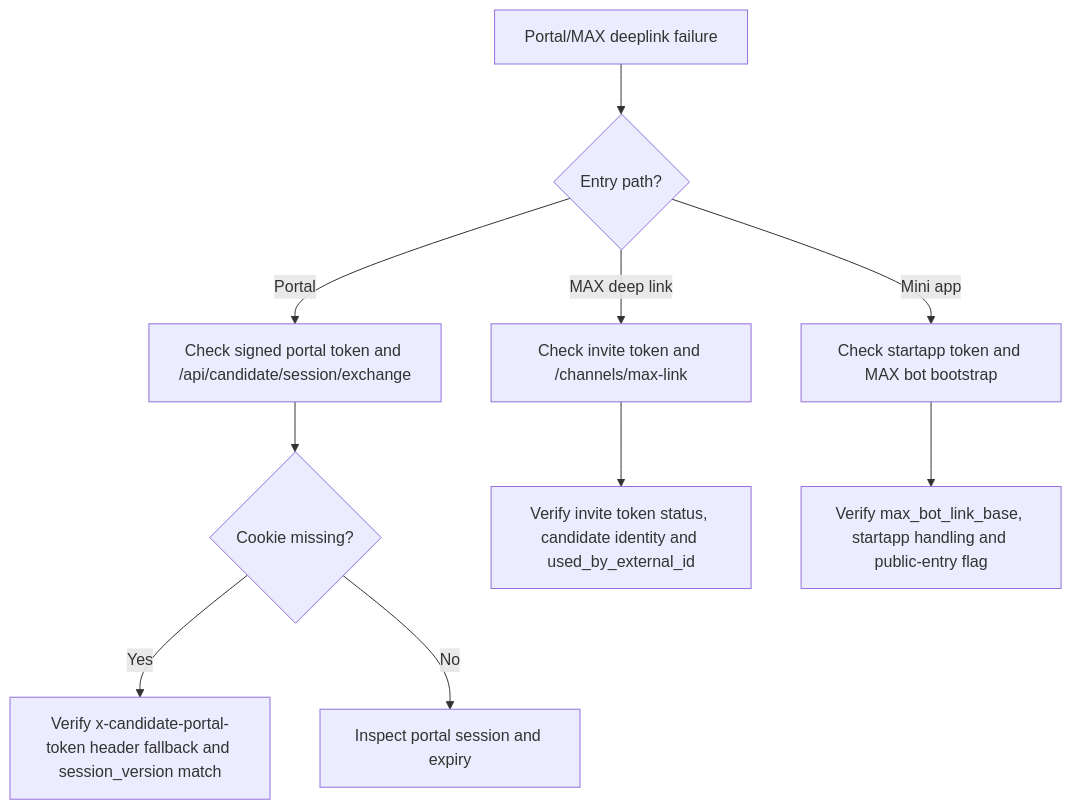
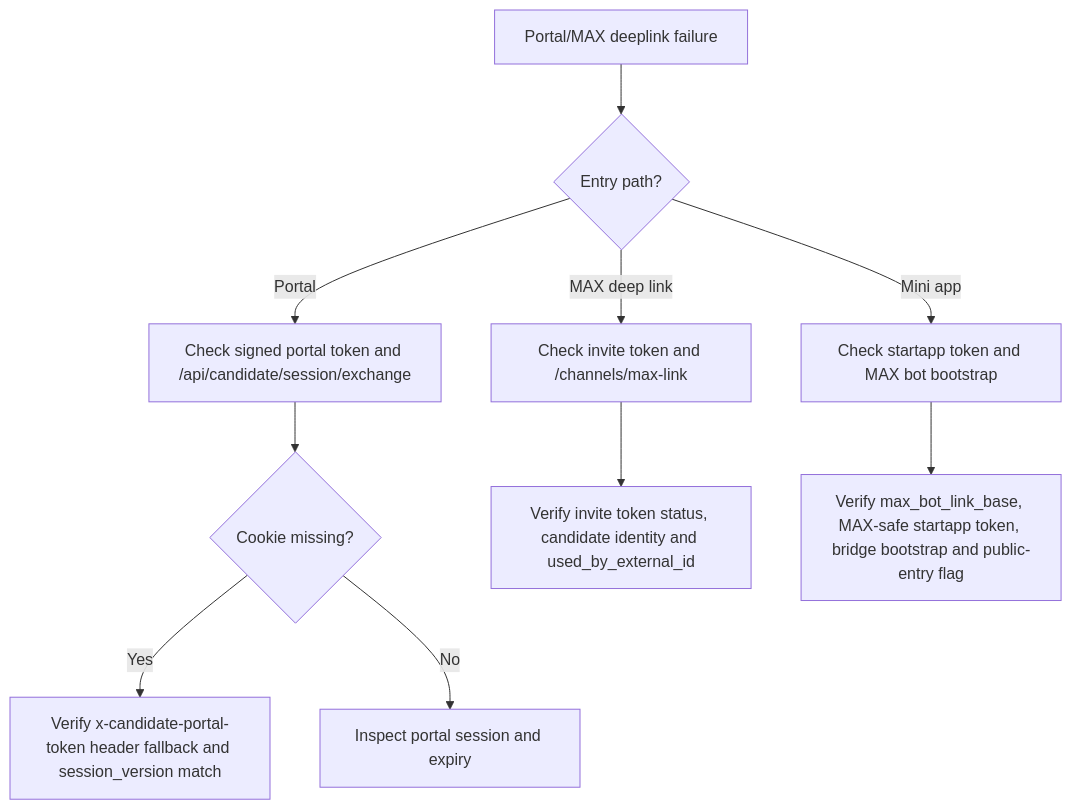
One commit to padka/HR changed the diagram in docs/runbooks/portal-max-deeplink-failure.md. Above: the diagram before and after it, drawn with Mermaid. The commit also changed other lines of this file and 28 other files, not shown here.

````diff
--- a/docs/runbooks/portal-max-deeplink-failure.md
+++ b/docs/runbooks/portal-max-deeplink-failure.md
@@ -62,12 +63,12 @@
 ```mermaid
 flowchart TD
   A["Portal/MAX deeplink failure"] --> B{"Entry path?"}
   B -->|Portal| C["Check signed portal token and /api/candidate/session/exchange"]
   B -->|MAX deep link| D["Check invite token and /channels/max-link"]
   B -->|Mini app| E["Check startapp token and MAX bot bootstrap"]
   C --> F{"Cookie missing?"}
   F -->|Yes| G["Verify x-candidate-portal-token header fallback and session_version match"]
   F -->|No| H["Inspect portal session and expiry"]
   D --> I["Verify invite token status, candidate identity and used_by_external_id"]
-  E --> J["Verify max_bot_link_base, startapp handling and public-entry flag"]
+  E --> J["Verify max_bot_link_base, MAX-safe startapp token, bridge bootstrap and public-entry flag"]
 ```
````
